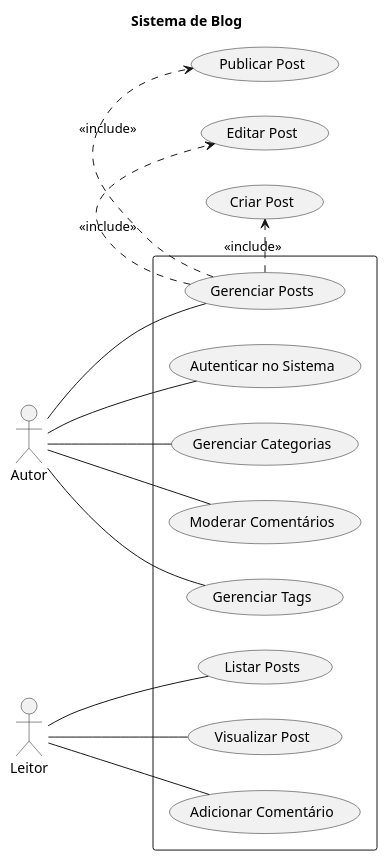
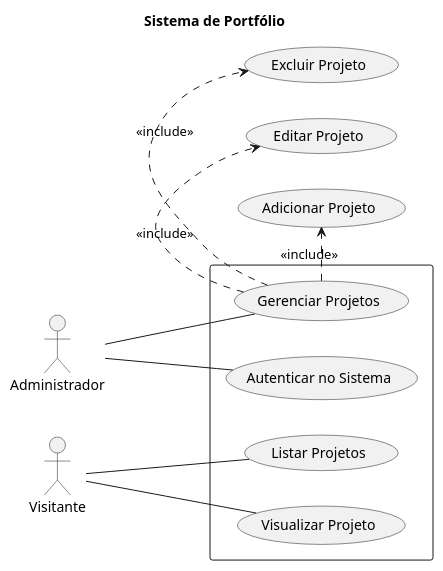
One commit to Ha1000tonG/sistema-lista changed the diagram in CASO_DE_USO.puml. Above: the diagram before and after it, drawn with PlantUML. The commit also changed other lines of this file and 1 other file, not shown here.

Commit message:
refactor: Atualiza diagrama de casos de uso e documento de requisitos para o Sistema de Portfólio

```diff
--- a/CASO_DE_USO.puml
+++ b/CASO_DE_USO.puml
@@ -2,45 +1,35 @@
-@startuml CASO_DE_USO
+@startuml
 
-' Define o título do diagrama
-title Sistema de Blog
+title "Sistema de Portfólio"
+' Define o ator "Administrador" à esquerda
+left to right direction
+actor "Administrador" as admin
 
-' Define o ator "Autor" à esquerda
-left to right direction
-actor "Autor" as autor
-
-' Define o ator "Leitor" à direita
-actor "Leitor" as leitor
+' Define o ator "Visitante" à direita
+actor "Visitante" as visitor
 
 ' Define o retângulo que representa o sistema
 rectangle {
-  ' Casos de uso do Autor
+  ' Casos de uso do Administrador
   usecase "Autenticar no Sistema" as UC1
-  usecase "Gerenciar Posts" as UC2
-  usecase "Gerenciar Categorias" as UC3
-  usecase "Moderar Comentários" as UC4
-  usecase "Gerenciar Tags" as UC8
+  usecase "Gerenciar Projetos" as UC2
 
-  ' Casos de uso do Leitor
-  usecase "Listar Posts" as UC5
-  usecase "Visualizar Post" as UC6
-  usecase "Adicionar Comentário" as UC7
+  ' Casos de uso do Visitante
+  usecase "Listar Projetos" as UC3
+  usecase "Visualizar Projeto" as UC4
 }
 
 ' Ligações dos atores aos casos de uso
-autor -- UC1
-autor -- UC2
-autor -- UC3
-autor -- UC4
-autor -- UC8
+admin -- UC1
+admin -- UC2
 
-leitor -- UC5
-leitor -- UC6
-leitor -- UC7
+visitor -- UC3
+visitor -- UC4
 
-' Detalhando o caso de uso "Gerenciar Posts" com include
+' Detalhando o caso de uso "Gerenciar Projetos" com include
 ' "include" significa que um caso de uso sempre inclui o outro
-UC2 .> (Criar Post) : <<include>>
-UC2 .> (Editar Post) : <<include>>
-UC2 .> (Publicar Post) : <<include>>
+UC2 .> (Adicionar Projeto) : <<include>>
+UC2 .> (Editar Projeto) : <<include>>
+UC2 .> (Excluir Projeto) : <<include>>
 
 @enduml
```
